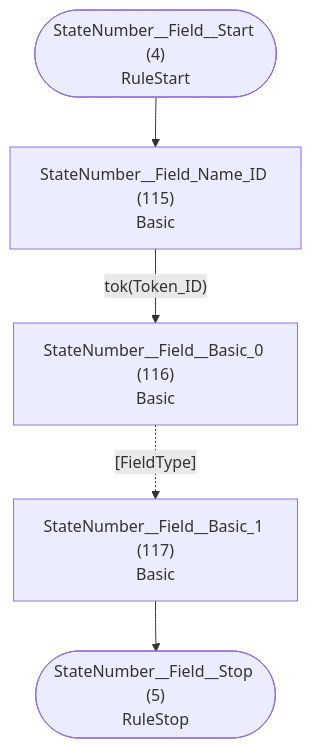
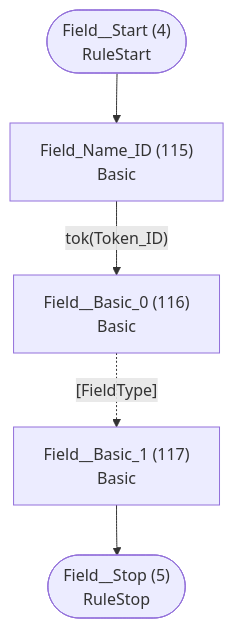
Before and after one commit to TypeFox/fastbelt: the third of 37 diagrams in internal/grammar/atn.md, drawn with Mermaid. The commit also changed other lines of this file and 26 other files, not shown here.

````diff
--- a/internal/grammar/atn.md
+++ b/internal/grammar/atn.md
@@ -117,13 +117,13 @@
 ```mermaid
 flowchart TD
-    q4(["StateNumber__Field__Start (4)<br/>RuleStart"])
-    q5(["StateNumber__Field__Stop (5)<br/>RuleStop"])
-    q115["StateNumber__Field_Name_ID (115)<br/>Basic<br/>"]
-    q116["StateNumber__Field__Basic_0 (116)<br/>Basic<br/>"]
-    q117["StateNumber__Field__Basic_1 (117)<br/>Basic<br/>"]
+    q4(["Field__Start (4)<br/>RuleStart"])
+    q5(["Field__Stop (5)<br/>RuleStop"])
+    q115["Field_Name_ID (115)<br/>Basic<br/>"]
+    q116["Field__Basic_0 (116)<br/>Basic<br/>"]
+    q117["Field__Basic_1 (117)<br/>Basic<br/>"]
 
     q4 --> q115
     q115 -->|"tok(Token_ID)"| q116
     q116 -.->|"[FieldType]"| q117
     q117 --> q5
 ```
````
